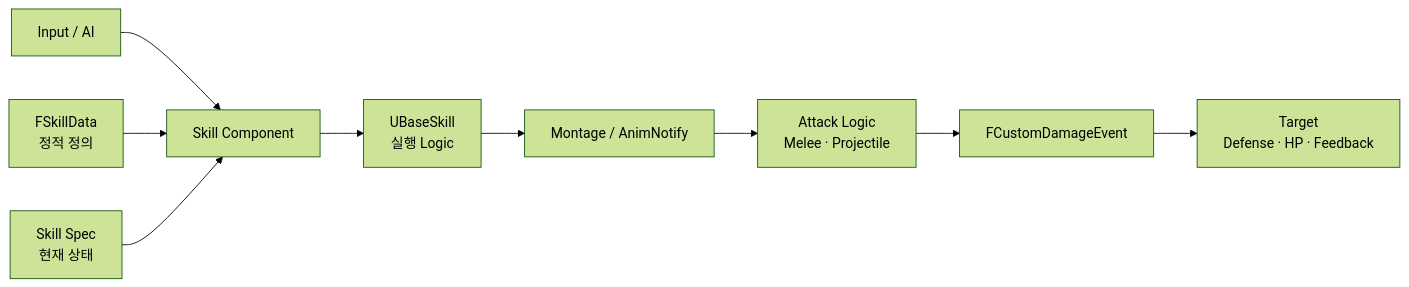
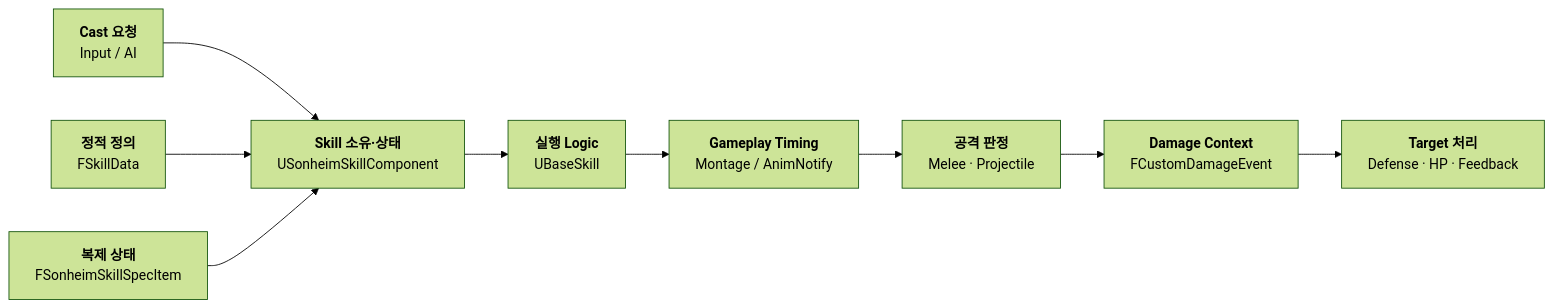
The diagram in Doc/Wiki/05_Combat_Skill_Animation.md (chungheonLee0325/Sonheim), drawn with Mermaid (forest theme) before and after one commit. The commit also changed other lines of this file, not shown here.

````diff
--- a/Doc/Wiki/05_Combat_Skill_Animation.md
+++ b/Doc/Wiki/05_Combat_Skill_Animation.md
@@ -11,21 +11,21 @@
 ```mermaid
 flowchart LR
-    INPUT["Input / AI"]
-    COMP["Skill Component"]
-    DATA["FSkillData<br/>정적 정의"]
-    SPEC["Skill Spec<br/>현재 상태"]
-    LOGIC["UBaseSkill<br/>실행 Logic"]
-    ANIM["Montage / AnimNotify"]
-    HIT["Attack Logic<br/>Melee · Projectile"]
-    DAMAGE["FCustomDamageEvent"]
-    TARGET["Target<br/>Defense · HP · Feedback"]
+    INPUT["<b>Cast 요청</b><br/>Input / AI"]
+    COMP["<b>Skill 소유·상태</b><br/>USonheimSkillComponent"]
+    DATA["<b>정적 정의</b><br/>FSkillData"]
+    SPEC["<b>복제 상태</b><br/>FSonheimSkillSpecItem"]
+    LOGIC["<b>실행 Logic</b><br/>UBaseSkill"]
+    ANIM["<b>Gameplay Timing</b><br/>Montage / AnimNotify"]
+    HIT["<b>공격 판정</b><br/>Melee · Projectile"]
+    DAMAGE["<b>Damage Context</b><br/>FCustomDamageEvent"]
+    TARGET["<b>Target 처리</b><br/>Defense · HP · Feedback"]
 
     INPUT --> COMP
     DATA --> COMP
     SPEC --> COMP
     COMP --> LOGIC
     LOGIC --> ANIM
     ANIM --> HIT
     HIT --> DAMAGE
     DAMAGE --> TARGET
 ```
````
